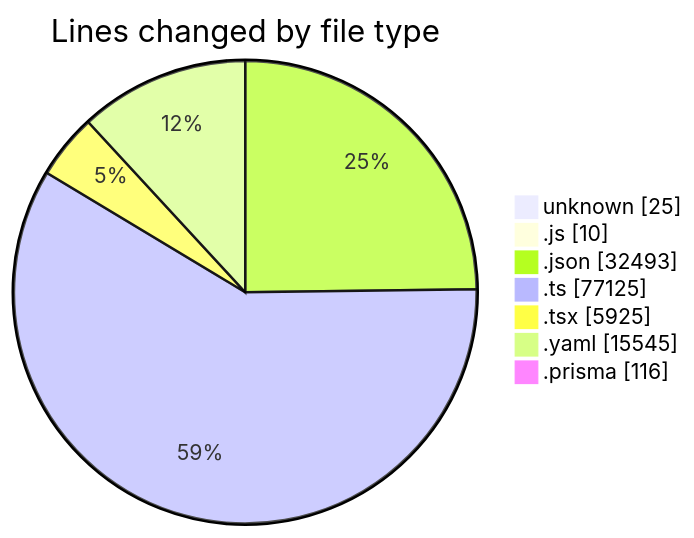
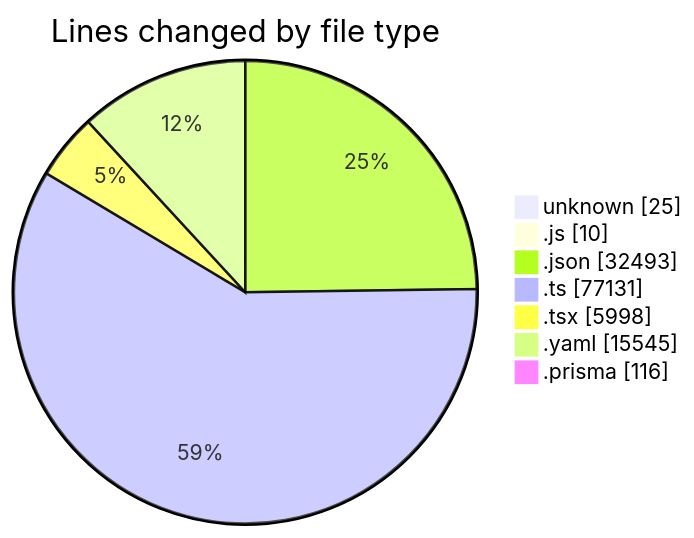
Before and after one commit to CELIANVF/code-tracking: the first of 2 diagrams in 2025-05-02/ecodeli/README.md, drawn with Mermaid. The commit also changed other lines of this file and 1 other file, not shown here.

````diff
--- a/2025-05-02/ecodeli/README.md
+++ b/2025-05-02/ecodeli/README.md
@@ -87,11 +89,11 @@
 ```mermaid
 pie showData
 title Lines changed by file type
 "unknown" : 25
 ".js" : 10
 ".json" : 32493
-".ts" : 77125
-".tsx" : 5925
+".ts" : 77131
+".tsx" : 5998
 ".yaml" : 15545
 ".prisma" : 116
 ```
````
